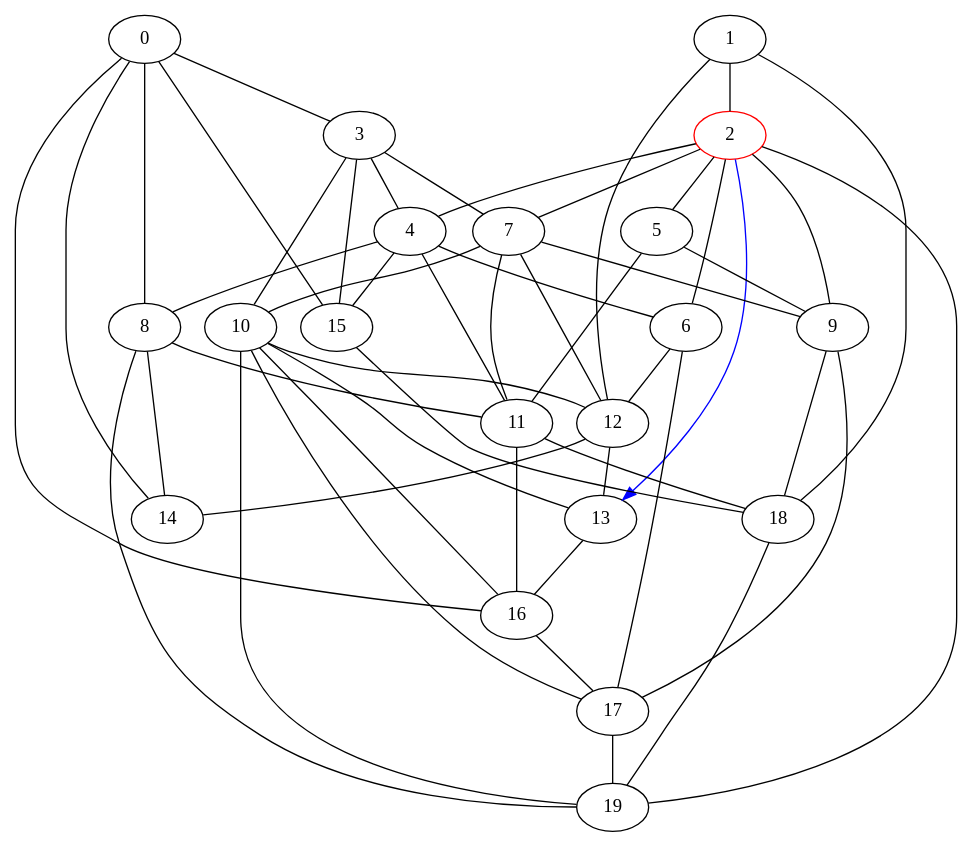
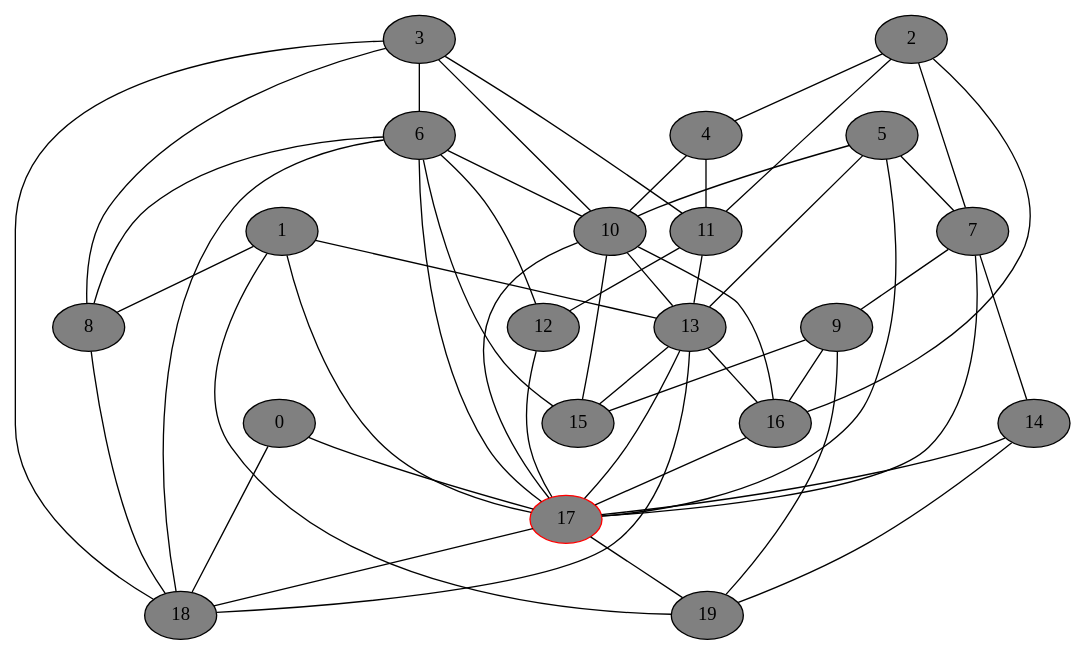
Before and after one commit to DSMishler/EBA_models: the diagram in gv_graphs/nxt0774.dot, drawn with Graphviz. The commit also changed 1043 other files, not shown here.

Commit message:
second set of graphs

```diff
--- a/gv_graphs/nxt0774.dot
+++ b/gv_graphs/nxt0774.dot
@@ -1,74 +1,74 @@
 // network test graph
 digraph
 {
-	0 [fillcolor=gray,style=shaded,]
-	1 [fillcolor=gray,style=shaded,]
-	2 [fillcolor=gray,style=shaded,color=red,]
-	3 [fillcolor=gray,style=shaded,]
-	4 [fillcolor=gray,style=shaded,]
-	5 [fillcolor=gray,style=shaded,]
-	6 [fillcolor=gray,style=shaded,]
-	7 [fillcolor=gray,style=shaded,]
-	8 [fillcolor=gray,style=shaded,]
-	9 [fillcolor=gray,style=shaded,]
-	10 [fillcolor=gray,style=shaded,]
-	11 [fillcolor=gray,style=shaded,]
-	12 [fillcolor=gray,style=shaded,]
-	13 [fillcolor=gray,style=shaded,]
-	14 [fillcolor=gray,style=shaded,]
-	15 [fillcolor=gray,style=shaded,]
-	16 [fillcolor=gray,style=shaded,]
-	17 [fillcolor=gray,style=shaded,]
-	18 [fillcolor=gray,style=shaded,]
-	19 [fillcolor=gray,style=shaded,]
-	0 -> 3 [dir=none]
-	0 -> 8 [dir=none]
-	0 -> 14 [dir=none]
-	0 -> 15 [dir=none]
-	0 -> 16 [dir=none]
-	1 -> 2 [dir=none]
-	1 -> 12 [dir=none]
-	1 -> 18 [dir=none]
+	0 [fillcolor=gray,style=filled,]
+	1 [fillcolor=gray,style=filled,]
+	2 [fillcolor=gray,style=filled,]
+	3 [fillcolor=gray,style=filled,]
+	4 [fillcolor=gray,style=filled,]
+	5 [fillcolor=gray,style=filled,]
+	6 [fillcolor=gray,style=filled,]
+	7 [fillcolor=gray,style=filled,]
+	8 [fillcolor=gray,style=filled,]
+	9 [fillcolor=gray,style=filled,]
+	10 [fillcolor=gray,style=filled,]
+	11 [fillcolor=gray,style=filled,]
+	12 [fillcolor=gray,style=filled,]
+	13 [fillcolor=gray,style=filled,]
+	14 [fillcolor=gray,style=filled,]
+	15 [fillcolor=gray,style=filled,]
+	16 [fillcolor=gray,style=filled,]
+	17 [fillcolor=gray,style=filled,color=red,]
+	18 [fillcolor=gray,style=filled,]
+	19 [fillcolor=gray,style=filled,]
+	0 -> 17 [dir=none]
+	0 -> 18 [dir=none]
+	1 -> 8 [dir=none]
+	1 -> 13 [dir=none]
+	1 -> 17 [dir=none]
+	1 -> 19 [dir=none]
 	2 -> 4 [dir=none]
-	2 -> 5 [dir=none]
-	2 -> 6 [dir=none]
 	2 -> 7 [dir=none]
-	2 -> 9 [dir=none]
-	2 -> 13 [dir=forward,color=blue,]
-	2 -> 19 [dir=none]
-	3 -> 4 [dir=none]
-	3 -> 7 [dir=none]
+	2 -> 11 [dir=none]
+	2 -> 16 [dir=none]
+	3 -> 6 [dir=none]
+	3 -> 8 [dir=none]
 	3 -> 10 [dir=none]
-	3 -> 15 [dir=none]
-	4 -> 6 [dir=none]
-	4 -> 8 [dir=none]
+	3 -> 11 [dir=none]
+	3 -> 18 [dir=none]
+	4 -> 10 [dir=none]
 	4 -> 11 [dir=none]
-	4 -> 15 [dir=none]
-	5 -> 9 [dir=none]
-	5 -> 11 [dir=none]
+	5 -> 7 [dir=none]
+	5 -> 10 [dir=none]
+	5 -> 13 [dir=none]
+	5 -> 17 [dir=none]
+	6 -> 8 [dir=none]
+	6 -> 10 [dir=none]
 	6 -> 12 [dir=none]
+	6 -> 15 [dir=none]
 	6 -> 17 [dir=none]
+	6 -> 18 [dir=none]
 	7 -> 9 [dir=none]
-	7 -> 10 [dir=none]
-	7 -> 11 [dir=none]
-	7 -> 12 [dir=none]
-	8 -> 11 [dir=none]
-	8 -> 14 [dir=none]
-	8 -> 19 [dir=none]
-	9 -> 17 [dir=none]
-	9 -> 18 [dir=none]
-	10 -> 12 [dir=none]
+	7 -> 14 [dir=none]
+	7 -> 17 [dir=none]
+	8 -> 18 [dir=none]
+	9 -> 15 [dir=none]
+	9 -> 16 [dir=none]
+	9 -> 19 [dir=none]
 	10 -> 13 [dir=none]
+	10 -> 15 [dir=none]
 	10 -> 16 [dir=none]
 	10 -> 17 [dir=none]
-	10 -> 19 [dir=none]
-	11 -> 16 [dir=none]
-	11 -> 18 [dir=none]
-	12 -> 13 [dir=none]
-	12 -> 14 [dir=none]
+	11 -> 12 [dir=none]
+	11 -> 13 [dir=none]
+	12 -> 17 [dir=none]
+	13 -> 15 [dir=none]
 	13 -> 16 [dir=none]
-	15 -> 18 [dir=none]
+	13 -> 17 [dir=none]
+	13 -> 18 [dir=none]
+	14 -> 17 [dir=none]
+	14 -> 19 [dir=none]
 	16 -> 17 [dir=none]
+	17 -> 18 [dir=none]
 	17 -> 19 [dir=none]
-	18 -> 19 [dir=none]
 }
```
